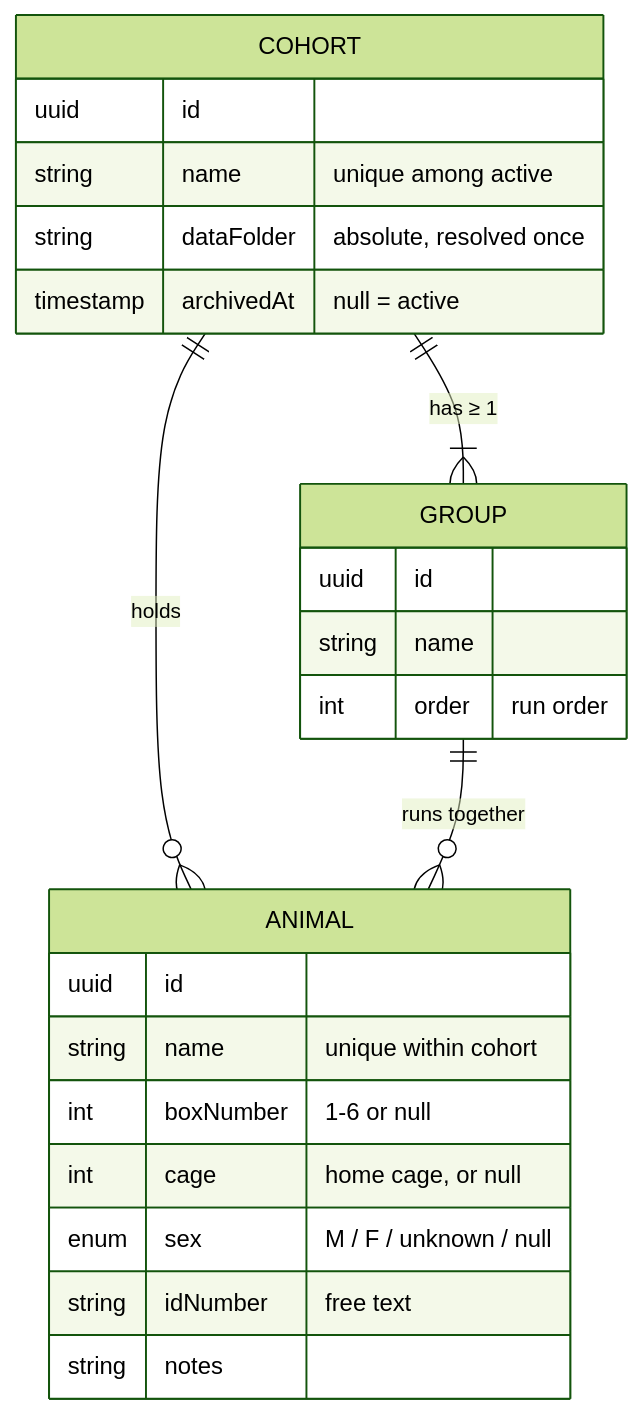
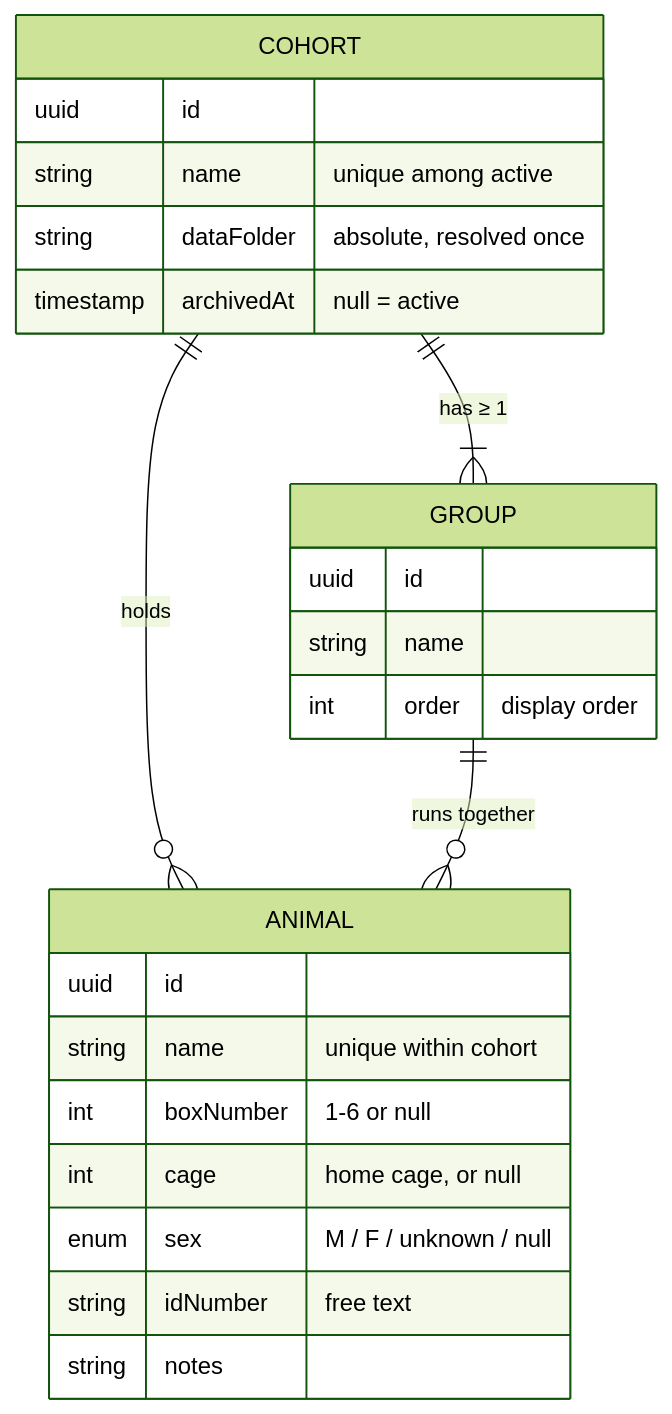
The first of 2 diagrams in docs/cohorts.md (Chase-NJ/Ephymeris), drawn with Mermaid (forest theme) before and after one commit. The commit also changed other lines of this file and 49 other files, not shown here.

````diff
--- a/docs/cohorts.md
+++ b/docs/cohorts.md
@@ -17,26 +17,26 @@
 ```mermaid
 erDiagram
     COHORT ||--o{ ANIMAL : holds
     COHORT ||--|{ GROUP : "has ≥ 1"
     GROUP  ||--o{ ANIMAL : "runs together"
     COHORT {
         uuid id
         string name "unique among active"
         string dataFolder "absolute, resolved once"
         timestamp archivedAt "null = active"
     }
     ANIMAL {
         uuid id
         string name "unique within cohort"
         int boxNumber "1-6 or null"
         int cage "home cage, or null"
         enum sex "M / F / unknown / null"
         string idNumber "free text"
         string notes
     }
     GROUP {
         uuid id
         string name
-        int order "run order"
+        int order "display order"
     }
 ```
````
